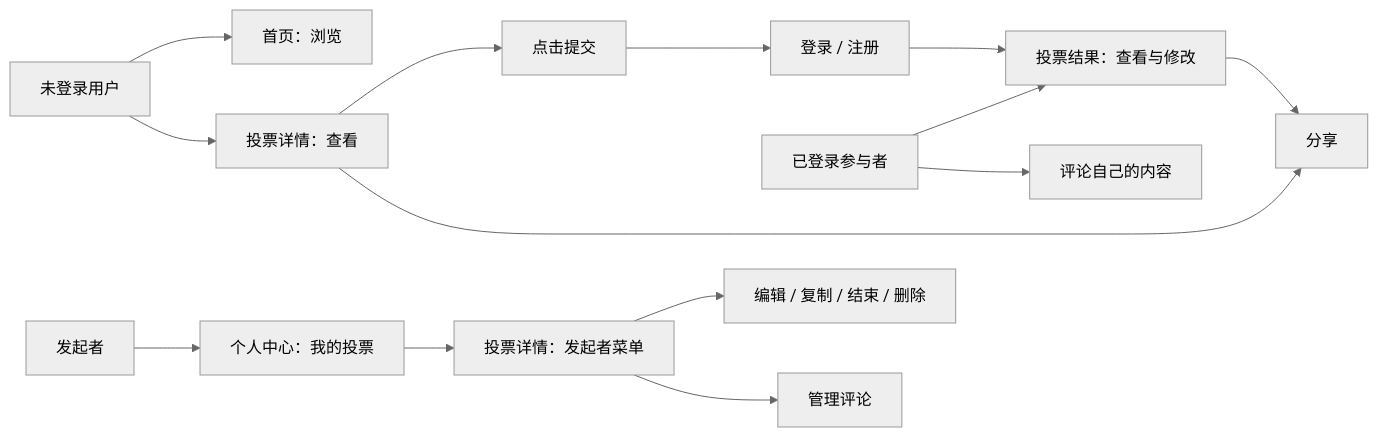
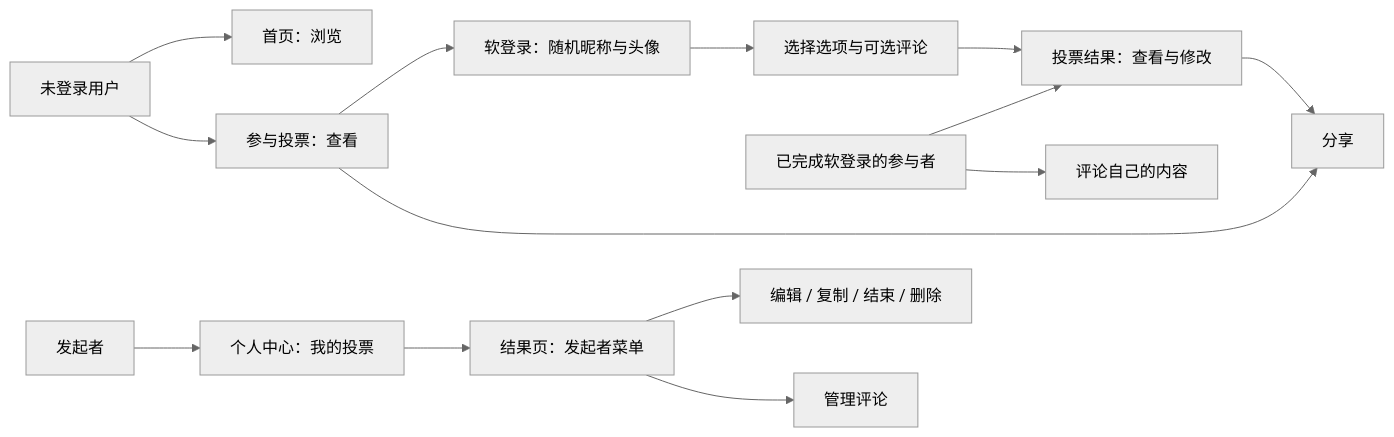
One commit to sd5913/The-Aliien-Repo changed the fifth of 7 diagrams in docs/PRD.md. Above: the diagram before and after it, drawn with Mermaid (neutral theme). The commit also changed other lines of this file and 2 other files, not shown here.

Commit message:
feat: update User Flow documentation to include soft login process and add English version

````diff
--- a/docs/PRD.md
+++ b/docs/PRD.md
@@ -328,16 +310,16 @@
 ```mermaid
 flowchart LR
     A[未登录用户] --> B[首页：浏览]
-    A --> C[投票详情：查看]
-    C --> D[点击提交]
-    D --> E[登录 / 注册]
+    A --> C[参与投票：查看]
+    C --> D[软登录：随机昵称与头像]
+    D --> E[选择选项与可选评论]
     E --> F[投票结果：查看与修改]
-    G[已登录参与者] --> F
+    G[已完成软登录的参与者] --> F
     G --> H[评论自己的内容]
     I[发起者] --> J[个人中心：我的投票]
-    J --> K[投票详情：发起者菜单]
+    J --> K[结果页：发起者菜单]
     K --> L[编辑 / 复制 / 结束 / 删除]
     K --> M[管理评论]
     C --> N[分享]
     F --> N
 ```
````
